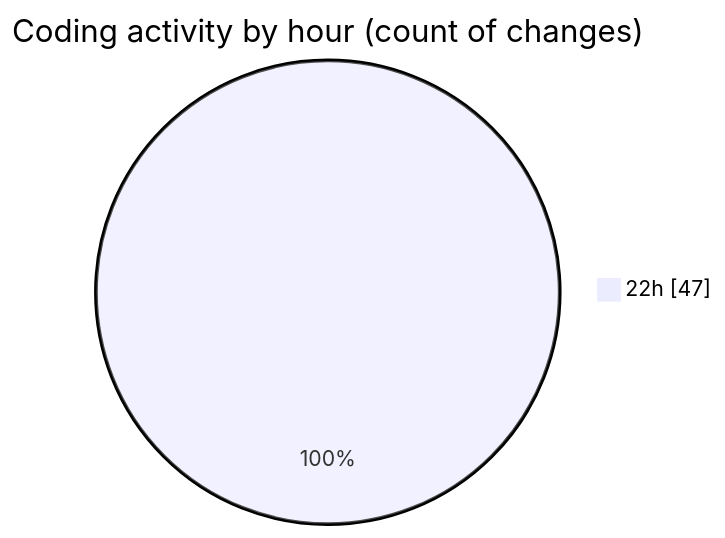
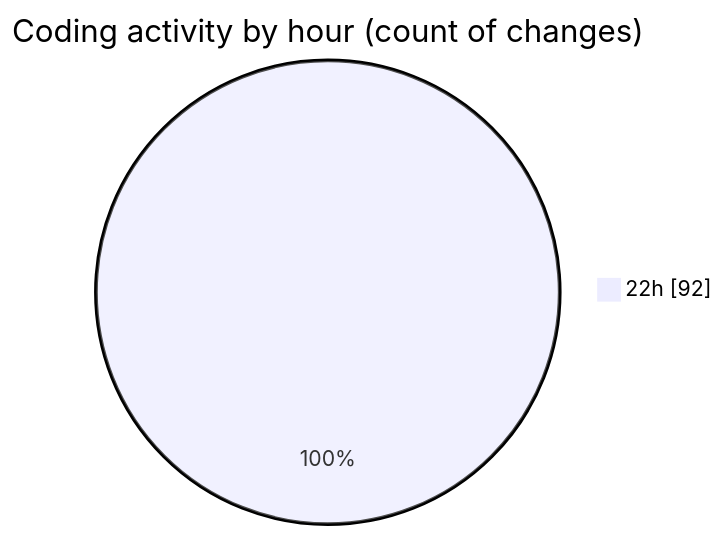
One commit to Ritupan-Deka/code-tracking changed the second of 2 diagrams in 2025-08-09/javascript/README.md. Above: the diagram before and after it, drawn with Mermaid. The commit also changed other lines of this file and 1 other file, not shown here.

````diff
--- a/2025-08-09/javascript/README.md
+++ b/2025-08-09/javascript/README.md
@@ -28,5 +28,5 @@
 ```mermaid
 pie showData
 title Coding activity by hour (count of changes)
-"22h" : 47
+"22h" : 92
 ```
````
